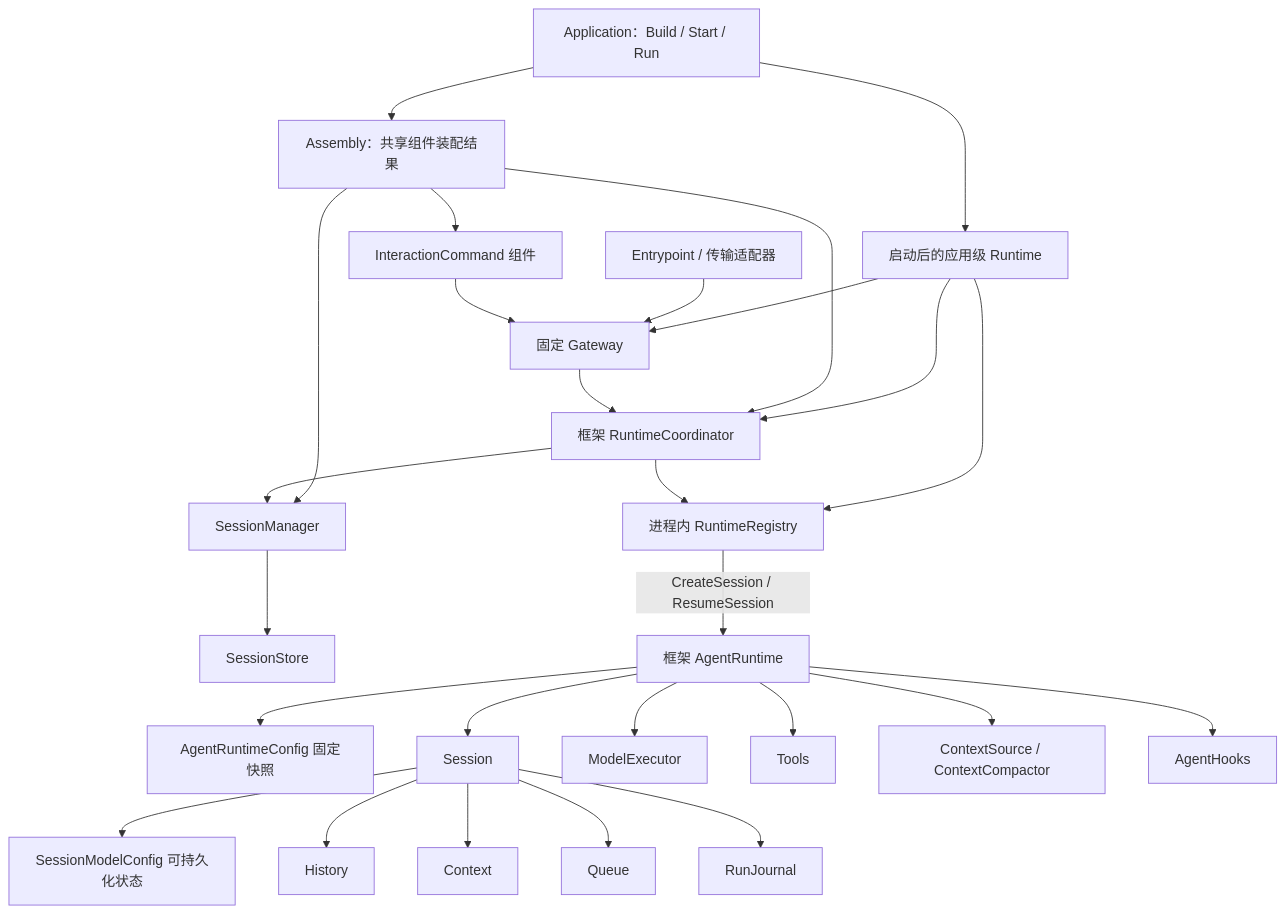
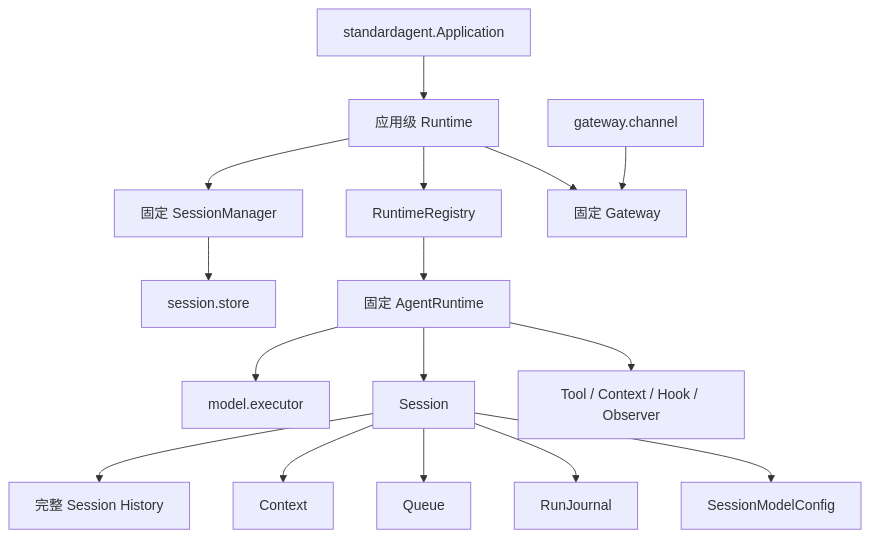
Before and after one commit to LyleLiu666/agentSlot: the first of 2 diagrams in docs/agent-runtime-standard-slots-implementation-plan.zh-CN.md, drawn with Mermaid. The commit also changed other lines of this file and 3 other files, not shown here.

Commit message:
docs: finalize agent architecture review baseline

````diff
--- a/docs/agent-runtime-standard-slots-implementation-plan.zh-CN.md
+++ b/docs/agent-runtime-standard-slots-implementation-plan.zh-CN.md
@@ -38,29 +16,18 @@
 ```mermaid
 flowchart TD
-    A["Application：Build / Start / Run"] --> P["Assembly：共享组件装配结果"]
-    A --> AR["启动后的应用级 Runtime"]
-    AR --> REG["进程内 RuntimeRegistry"]
-    AR --> RC["框架 RuntimeCoordinator"]
-    AR --> G["固定 Gateway"]
-    P --> RC
-    P --> SM["SessionManager"]
-    SM --> SS["SessionStore"]
-    RC --> SM
-    RC --> REG
-    REG -->|"CreateSession / ResumeSession"| R["框架 AgentRuntime"]
-    R --> AC["AgentRuntimeConfig 固定快照"]
-    R --> S["Session"]
-    S --> MC["SessionModelConfig 可持久化状态"]
-    S --> H["History"]
-    S --> C["Context"]
-    S --> Q["Queue"]
-    S --> J["RunJournal"]
-    R --> ME["ModelExecutor"]
-    R --> T["Tools"]
-    R --> CX["ContextSource / ContextCompactor"]
-    R --> HK["AgentHooks"]
-    P --> CMD["InteractionCommand 组件"]
-    E["Entrypoint / 传输适配器"] --> G
-    CMD --> G
-    G --> RC
+    APP["standardagent.Application"] --> AR["应用级 Runtime"]
+    AR --> REG["RuntimeRegistry"]
+    AR --> SM["固定 SessionManager"]
+    AR --> GW["固定 Gateway"]
+    SM --> SS["session.store"]
+    REG --> RT["固定 AgentRuntime"]
+    RT --> ME["model.executor"]
+    RT --> SES["Session"]
+    RT --> OPT["Tool / Context / Hook / Observer"]
+    CH["gateway.channel"] --> GW
+    SES --> H["完整 Session History"]
+    SES --> C["Context"]
+    SES --> Q["Queue"]
+    SES --> J["RunJournal"]
+    SES --> M["SessionModelConfig"]
 ```
````
